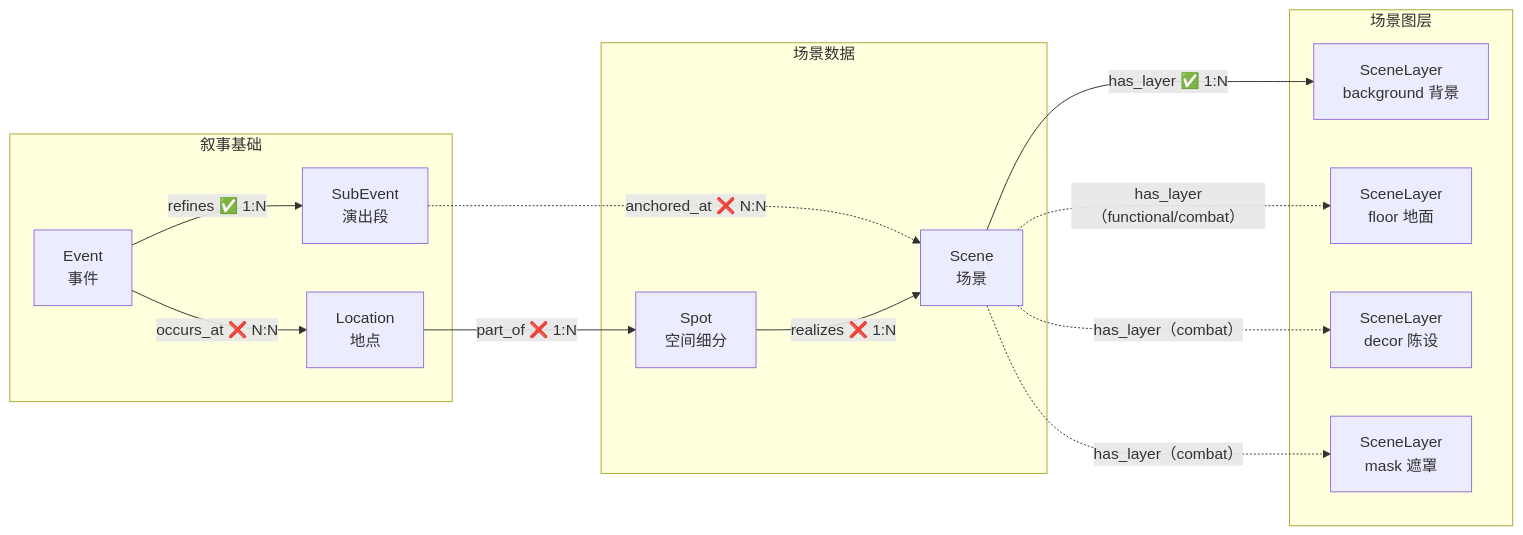
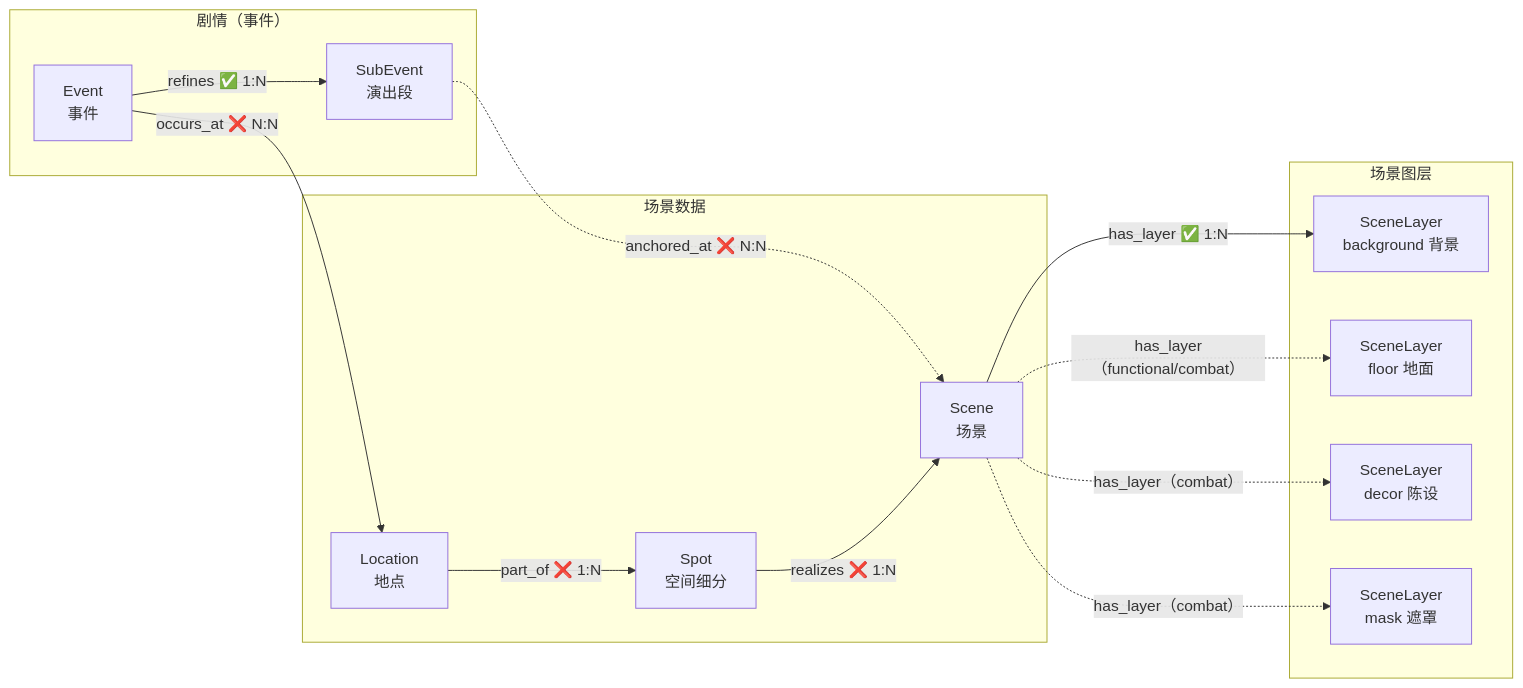
Before and after one commit to CrazyJinn/ProxyLove: the diagram in 00_init/Schema/场景美术.md, drawn with Mermaid. The commit also changed other lines of this file and 40 other files, not shown here.

````diff
--- a/00_init/Schema/场景美术.md
+++ b/00_init/Schema/场景美术.md
@@ -174,30 +189,30 @@
 ```mermaid
 flowchart LR
-    subgraph 叙事["叙事基础"]
+    subgraph 叙事["剧情（事件）"]
         Event["Event<br/>事件"]
         SubEvent["SubEvent<br/>演出段"]
-        Location["Location<br/>地点"]
     end
 
     subgraph 场景数据["场景数据"]
+        Location["Location<br/>地点"]
         Spot["Spot<br/>空间细分"]
         Scene["Scene<br/>场景"]
     end
 
     subgraph 场景生产["场景图层"]
         Bg["SceneLayer<br/>background 背景"]
         Floor["SceneLayer<br/>floor 地面"]
         Decor["SceneLayer<br/>decor 陈设"]
         Mask["SceneLayer<br/>mask 遮罩"]
     end
 
     Event -->|"occurs_at ❌ N:N"| Location
     Event -->|"refines ✅ 1:N"| SubEvent
     SubEvent -.->|"anchored_at ❌ N:N"| Scene
     Location -->|"part_of ❌ 1:N"| Spot
     Spot -->|"realizes ❌ 1:N"| Scene
     Scene -->|"has_layer ✅ 1:N"| Bg
     Scene -.->|"has_layer（functional/combat）"| Floor
     Scene -.->|"has_layer（combat）"| Decor
     Scene -.->|"has_layer（combat）"| Mask
 ```
````
